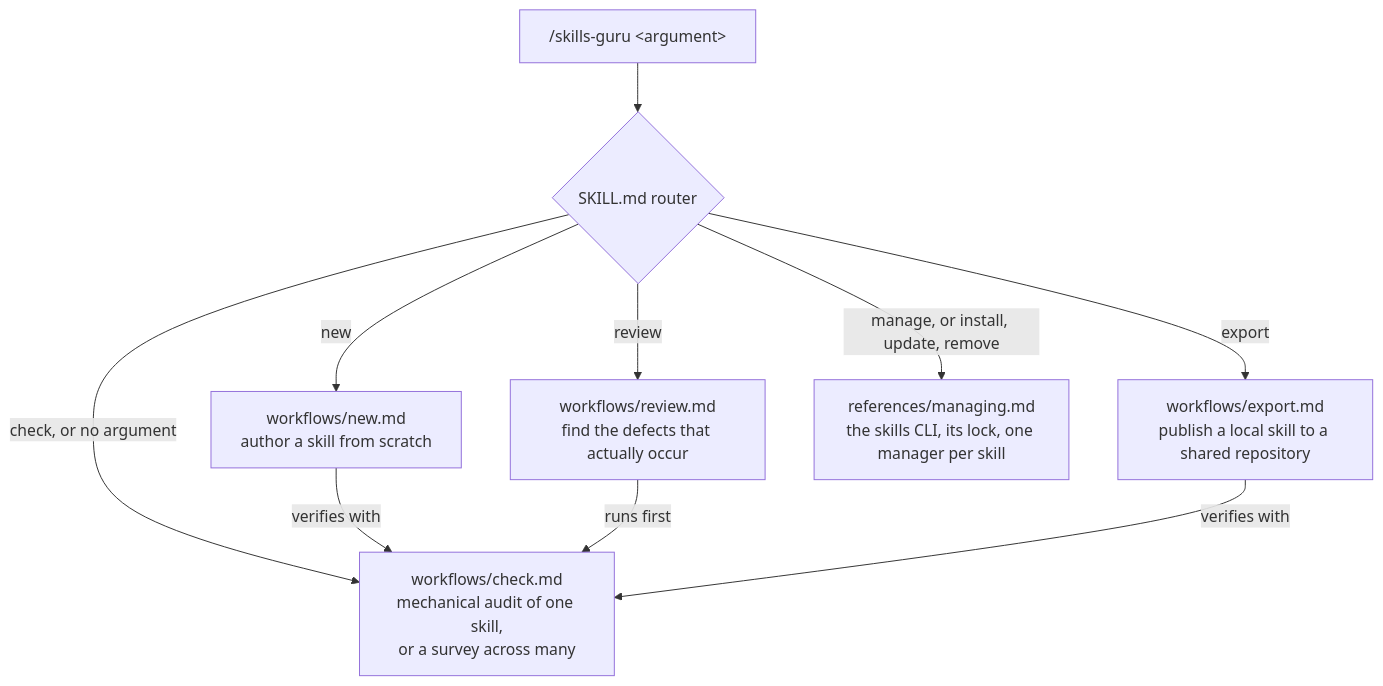
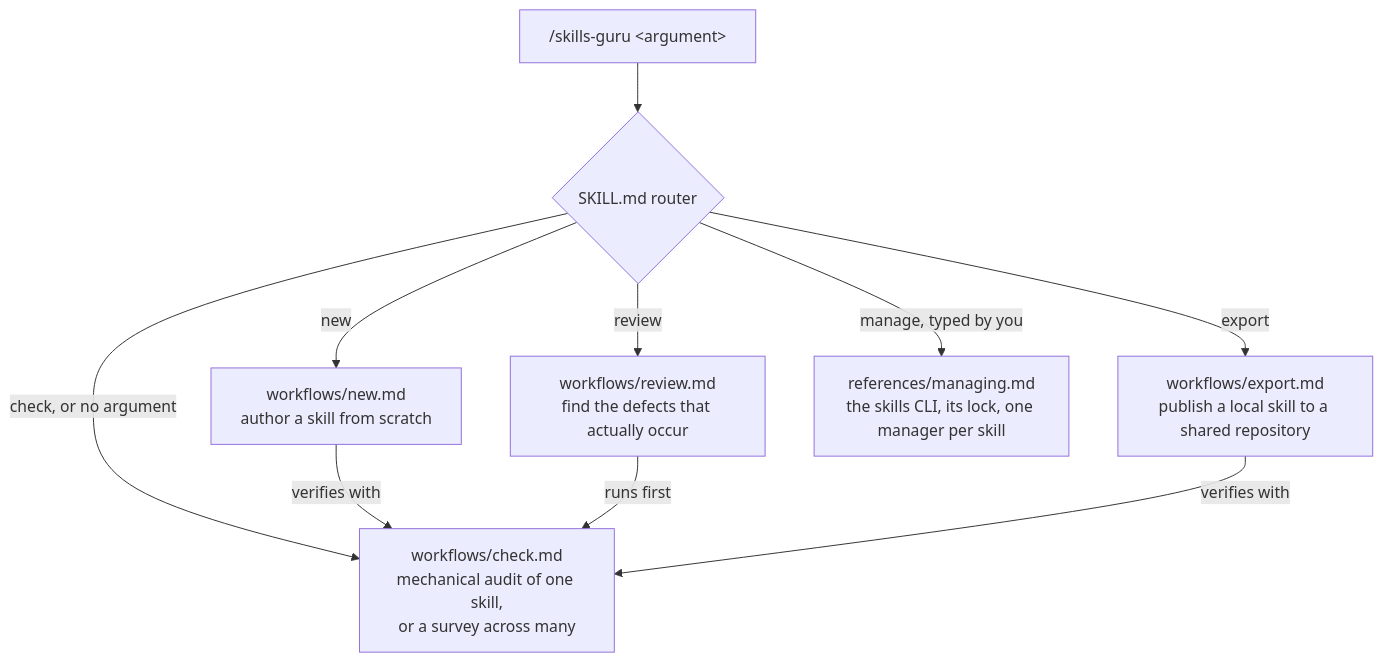
The diagram in skills/skills-guru/README.md (izkreny/agentifico), drawn with Mermaid before and after one commit. The commit also changed other lines of this file and 1 other file, not shown here.

First line of the commit message:
fix(skills-maker): reach manage only when typed (#192)

````diff
--- a/skills/skills-guru/README.md
+++ b/skills/skills-guru/README.md
@@ -34,12 +34,12 @@
 ```mermaid
 flowchart TD
     A["/skills-guru &lt;argument&gt;"] --> R{"SKILL.md router"}
     R -->|new| N["workflows/new.md<br/>author a skill from scratch"]
     R -->|review| V["workflows/review.md<br/>find the defects that actually occur"]
     R -->|"check, or no argument"| C["workflows/check.md<br/>mechanical audit of one skill,<br/>or a survey across many"]
     R -->|export| E["workflows/export.md<br/>publish a local skill to a shared repository"]
-    R -->|"manage, or install, update, remove"| M["references/managing.md<br/>the skills CLI, its lock, one manager per skill"]
+    R -->|"manage, typed by you"| M["references/managing.md<br/>the skills CLI, its lock, one manager per skill"]
     N -->|verifies with| C
     V -->|runs first| C
     E -->|verifies with| C
 ```
````
